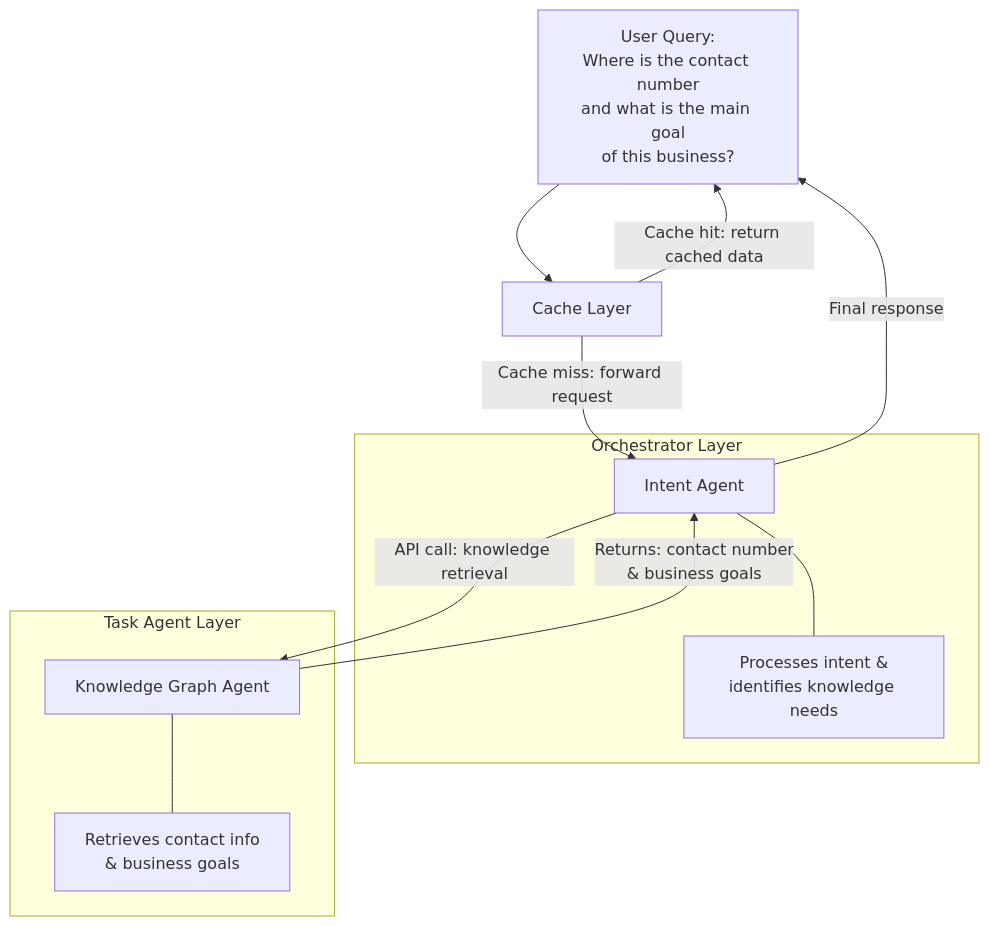
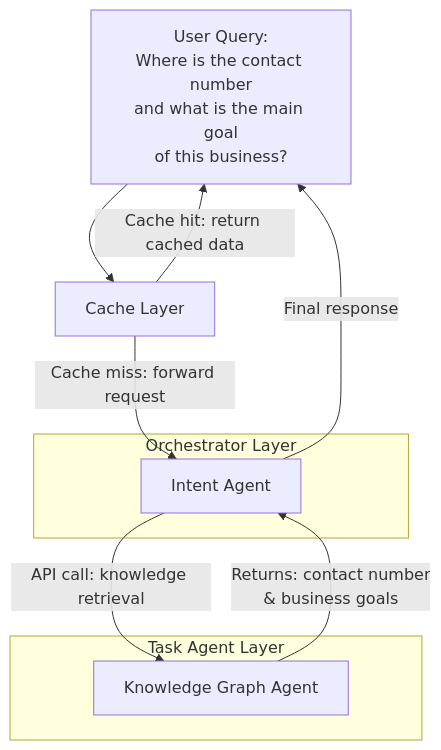
The diagram in docs/sprint1-agent-orchestrator.md (pradyumna-penteai/agent-orchestration), drawn with Mermaid before and after one commit.

Commit message:
docs: Updated to a cleaner architecture for the sprint 1 agent orchestration

````diff
--- a/docs/sprint1-agent-orchestrator.md
+++ b/docs/sprint1-agent-orchestrator.md
@@ -38,25 +38,21 @@
 ```mermaid
 graph TD
   User["User Query:<br/>Where is the contact number<br/>and what is the main goal<br/>of this business?"]
   
   CacheLayer[Cache Layer]
   
   subgraph Orchestrator Layer
     IA[Intent Agent]
-    IA_Function["Processes intent &<br/>identifies knowledge needs"]
-    IA --- IA_Function
   end
   
   subgraph Task Agent Layer
     KGA[Knowledge Graph Agent]
-    KGA_Function["Retrieves contact info<br/>& business goals"]
-    KGA --- KGA_Function
   end
   
   User --> CacheLayer
   CacheLayer -- "Cache hit: return cached data" --> User
   CacheLayer -- "Cache miss: forward request" --> IA
   IA -- "API call: knowledge retrieval" --> KGA
   KGA -- "Returns: contact number<br/>& business goals" --> IA
   IA -- "Final response" --> User
 ```
````
